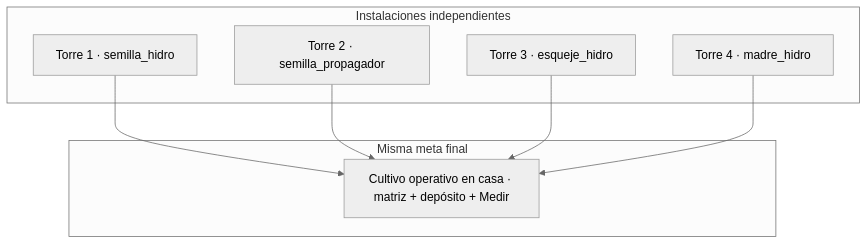
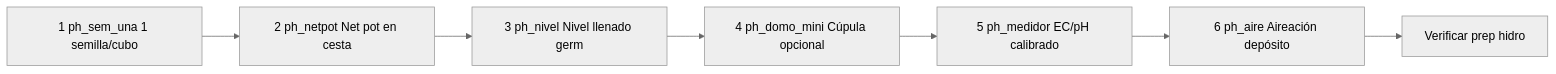
One commit to Debrin77/HidroGrow-web changed the fourth of 11 diagrams in docs/diagrama-flujo-hidrogrow.md. Above: the diagram before and after it, drawn with Mermaid (neutral theme). The commit also changed other lines of this file, not shown here.

First line of the commit message:
docs: diagrama de flujo completo con todos los pasos por camino

````diff
--- a/docs/diagrama-flujo-hidrogrow.md
+++ b/docs/diagrama-flujo-hidrogrow.md
@@ -77,18 +117,9 @@
 ```mermaid
-flowchart TB
-  subgraph INDEP[Instalaciones independientes]
-    T1[Torre 1 · semilla_hidro]
-    T2[Torre 2 · semilla_propagador]
-    T3[Torre 3 · esqueje_hidro]
-    T4[Torre 4 · madre_hidro]
-  end
-
-  subgraph META[Misma meta final]
-    OP[Cultivo operativo en casa · matriz + depósito + Medir]
-  end
-
-  T1 --> OP
-  T2 --> OP
-  T3 --> OP
-  T4 --> OP
+flowchart LR
+  PH1[1 ph_sem_una 1 semilla/cubo] --> PH2[2 ph_netpot Net pot en cesta]
+  PH2 --> PH3[3 ph_nivel Nivel llenado germ]
+  PH3 --> PH4[4 ph_domo_mini Cúpula opcional]
+  PH4 --> PH5[5 ph_medidor EC/pH calibrado]
+  PH5 --> PH6[6 ph_aire Aireación depósito]
+  PH6 --> PHV[Verificar prep hidro]
 ```
````
